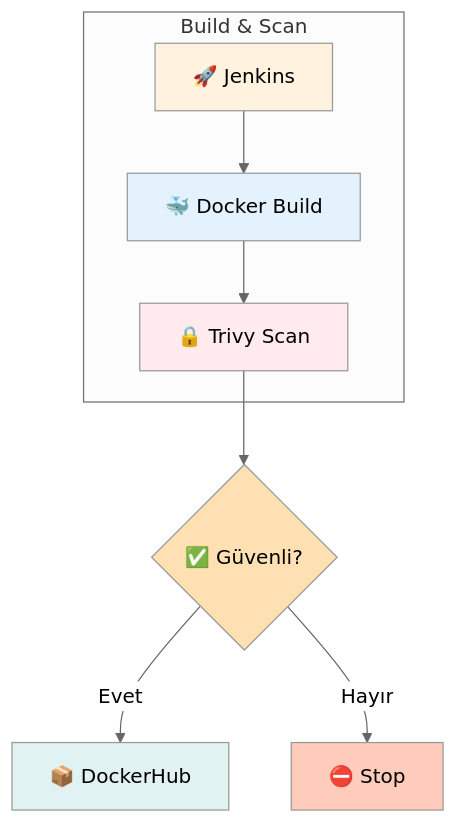
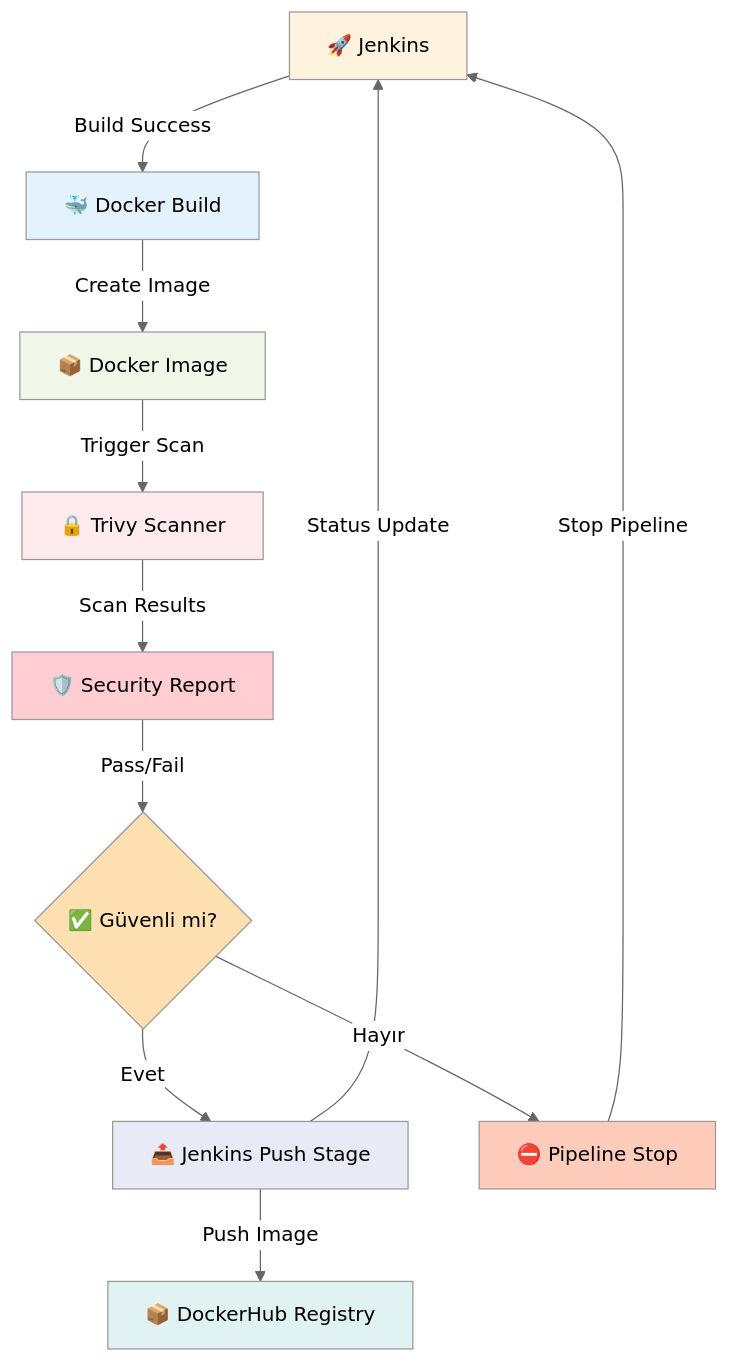
The fourth of 7 diagrams in README.md (onurglr/aws-pipeline), drawn with Mermaid (neutral theme) before and after one commit.

````diff
--- a/README.md
+++ b/README.md
@@ -172,18 +172,23 @@
 ```mermaid
 graph TB
-    subgraph "Build & Scan"
-        JM[🚀 Jenkins] --> D[🐳 Docker Build]
-        D --> T[🔒 Trivy Scan]
-    end
-    
-    T --> DEC{✅ Güvenli?}
-    DEC -->|Evet| DH[📦 DockerHub]
-    DEC -->|Hayır| STOP[⛔ Stop]
+    JM[🚀 Jenkins] -->|Build Success| D[🐳 Docker Build]
+    D -->|Create Image| IMG[📦 Docker Image]
+    IMG -->|Trigger Scan| T[🔒 Trivy Scanner]
+    T -->|Scan Results| SEC[🛡️ Security Report]
+    SEC -->|Pass/Fail| DEC{✅ Güvenli mi?}
+    DEC -->|Evet| PUSH[📤 Jenkins Push Stage]
+    DEC -->|Hayır| FAIL[⛔ Pipeline Stop]
+    PUSH -->|Push Image| DH[📦 DockerHub Registry]
+    PUSH -->|Status Update| JM
+    FAIL -->|Stop Pipeline| JM
 
     style JM fill:#fff3e0
     style D fill:#e3f2fd
+    style IMG fill:#f1f8e9
     style T fill:#ffebee
+    style SEC fill:#ffcdd2
     style DEC fill:#ffe0b2
+    style PUSH fill:#e8eaf6
+    style FAIL fill:#ffccbc
     style DH fill:#e0f2f1
-    style STOP fill:#ffccbc
 ```
````
